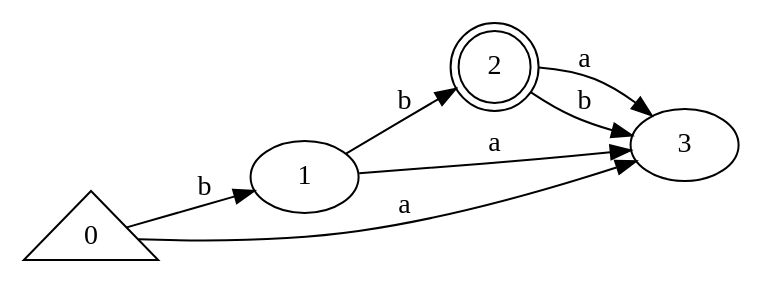
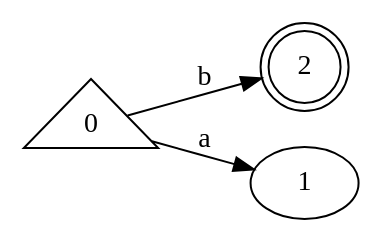
One commit to guillermoSb/UVG_Compis1_Lab changed the diagram in automaton.gv. Above: the diagram before and after it, drawn with Graphviz. The commit also changed 3 other files, not shown here.

```diff
--- a/automaton.gv
+++ b/automaton.gv
@@ -1,12 +1,7 @@
 digraph {
 	graph [rankdir=LR]
 	0 [shape=triangle]
-	1
 	2 [shape=doublecircle]
-	0 -> 3 [label=a]
-	0 -> 1 [label=b]
-	1 -> 3 [label=a]
-	1 -> 2 [label=b]
-	2 -> 3 [label=a]
-	2 -> 3 [label=b]
+	0 -> 1 [label=a]
+	0 -> 2 [label=b]
 }
```
